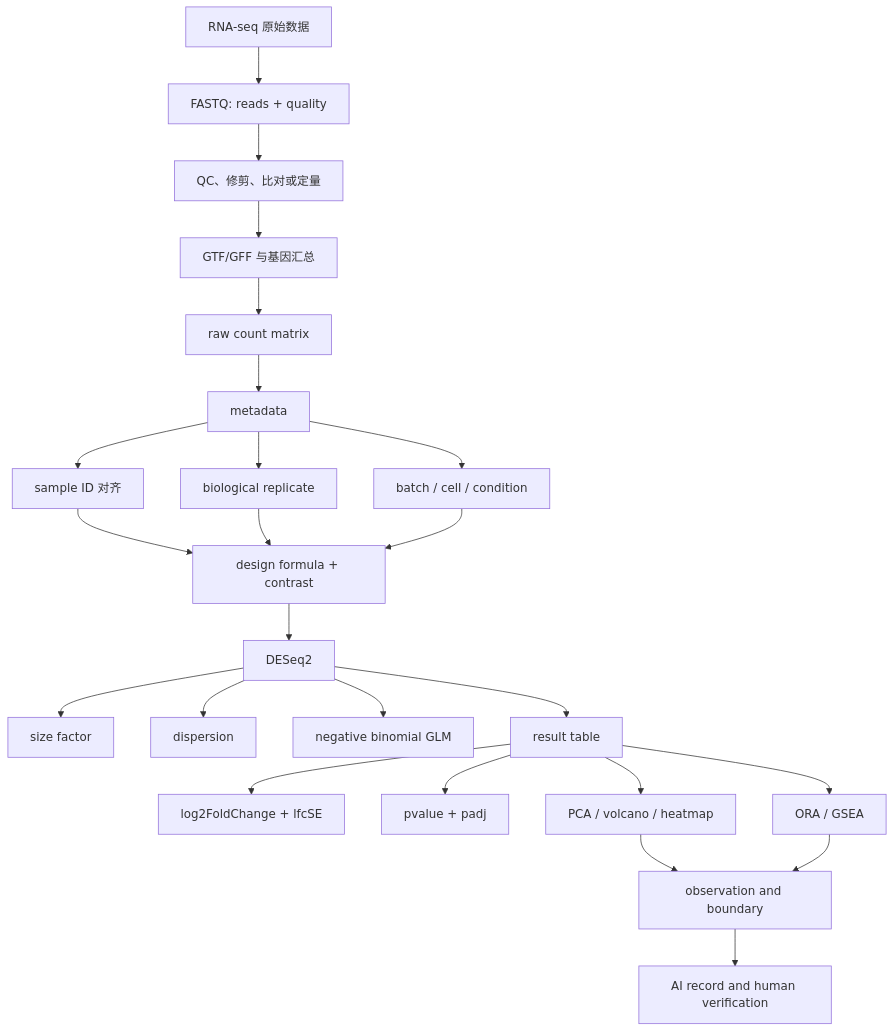
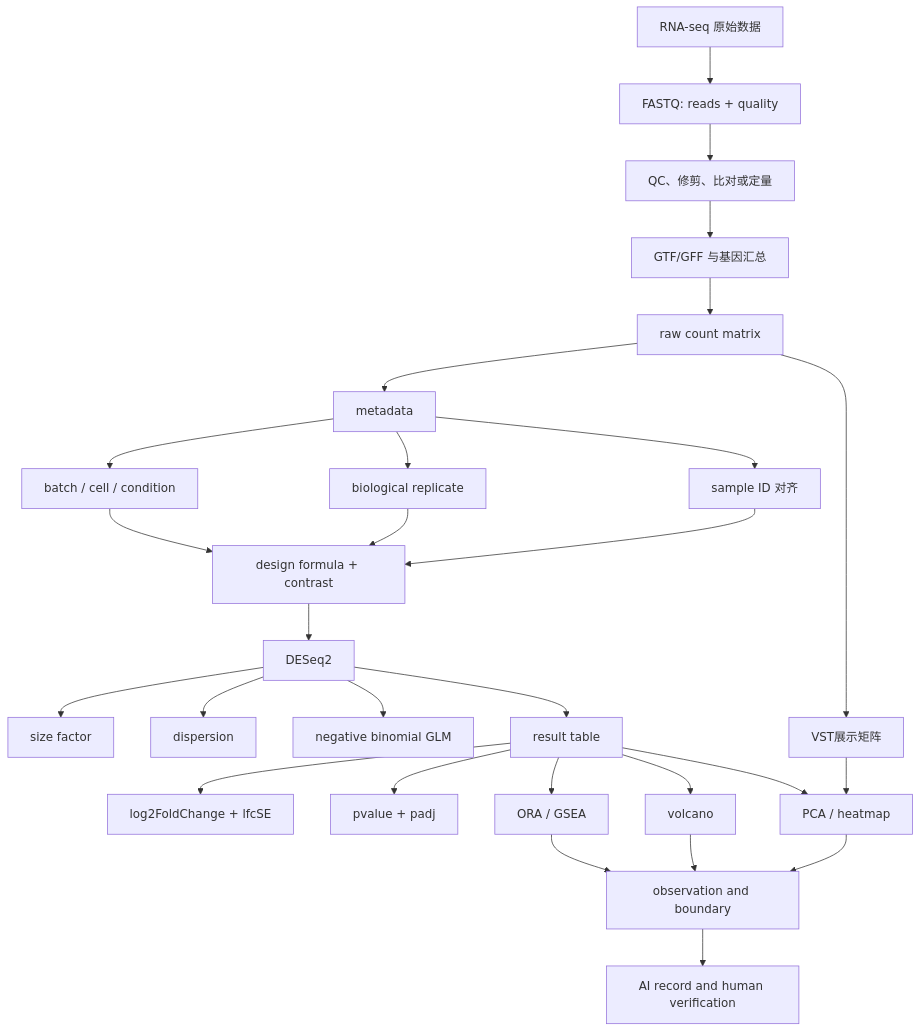
One commit to luvega/AI_MED_DataVis changed the second of 2 diagrams in docs/chapters/chapter-12/index.md. Above: the diagram before and after it, drawn with Mermaid. The commit also changed other lines of this file and 9 other files, not shown here.

````diff
--- a/docs/chapters/chapter-12/index.md
+++ b/docs/chapters/chapter-12/index.md
@@ -766,26 +732,30 @@
 ```mermaid
 flowchart TB
   A["RNA-seq 原始数据"] --> A1["FASTQ: reads + quality"]
   A1 --> A2["QC、修剪、比对或定量"]
   A2 --> A3["GTF/GFF 与基因汇总"]
   A3 --> B["raw count matrix"]
   B --> C["metadata"]
   C --> C1["sample ID 对齐"]
   C --> C2["biological replicate"]
   C --> C3["batch / cell / condition"]
   C1 --> D["design formula + contrast"]
   C2 --> D
   C3 --> D
   D --> E["DESeq2"]
   E --> E1["size factor"]
   E --> E2["dispersion"]
   E --> E3["negative binomial GLM"]
   E --> F["result table"]
   F --> F1["log2FoldChange + lfcSE"]
   F --> F2["pvalue + padj"]
-  F --> G["PCA / volcano / heatmap"]
+  B --> V["VST展示矩阵"]
+  V --> G["PCA / heatmap"]
+  F --> G1["volcano"]
+  F --> G
   F --> H["ORA / GSEA"]
   G --> I["observation and boundary"]
+  G1 --> I
   H --> I
   I --> J["AI record and human verification"]
 ```
````
